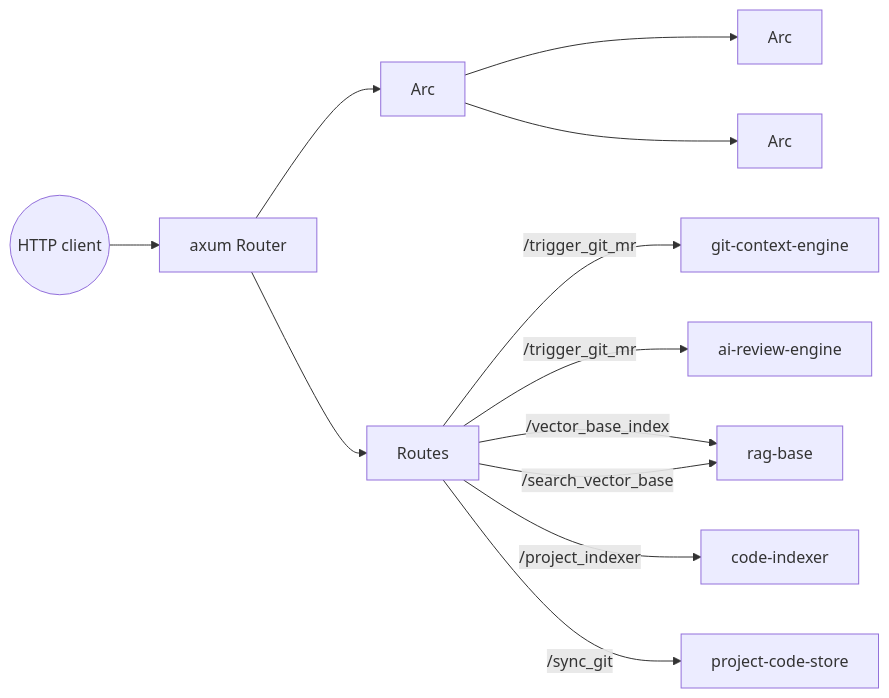
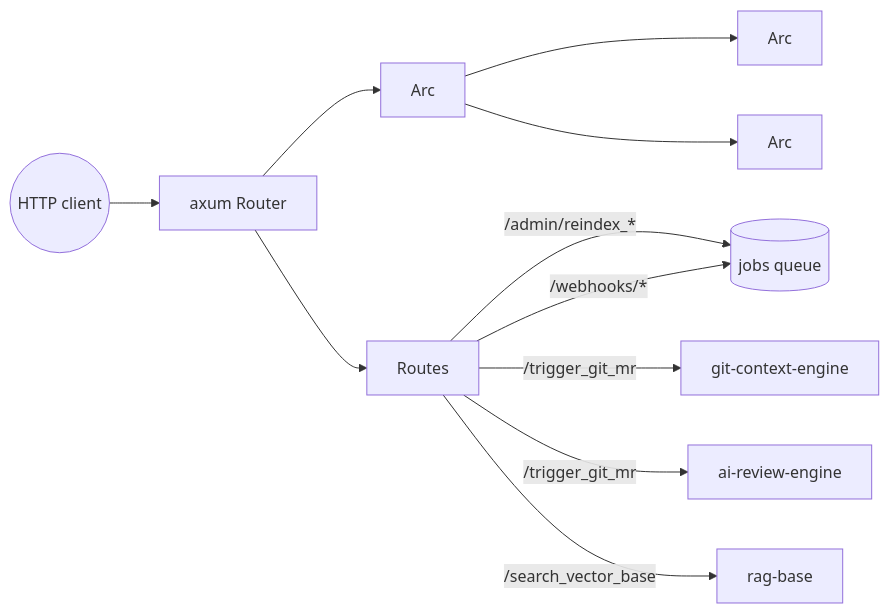
Before and after one commit to robotoss/mr-ai: the diagram in mr-ai-backend/docs/services/api.md, drawn with Mermaid. The commit also changed other lines of this file and 41 other files, not shown here.

````diff
--- a/mr-ai-backend/docs/services/api.md
+++ b/mr-ai-backend/docs/services/api.md
@@ -39,14 +40,13 @@
 ```mermaid
 flowchart LR
     Client((HTTP client)) --> Router[axum Router]
     Router --> State[Arc<AppState>]
     State --> GW[Arc<LlmGateway>]
     State --> Cfg[Arc<AppConfig>]
     Router --> Routes
+    Routes -->|/admin/reindex_*| Q[(jobs queue)]
     Routes -->|/trigger_git_mr| GCE[git-context-engine]
     Routes -->|/trigger_git_mr| ARE[ai-review-engine]
-    Routes -->|/vector_base_index| RAG[rag-base]
-    Routes -->|/search_vector_base| RAG
-    Routes -->|/project_indexer| CI[code-indexer]
-    Routes -->|/sync_git| PCS[project-code-store]
+    Routes -->|/search_vector_base| RAG[rag-base]
+    Routes -->|/webhooks/*| Q
 ```
````
